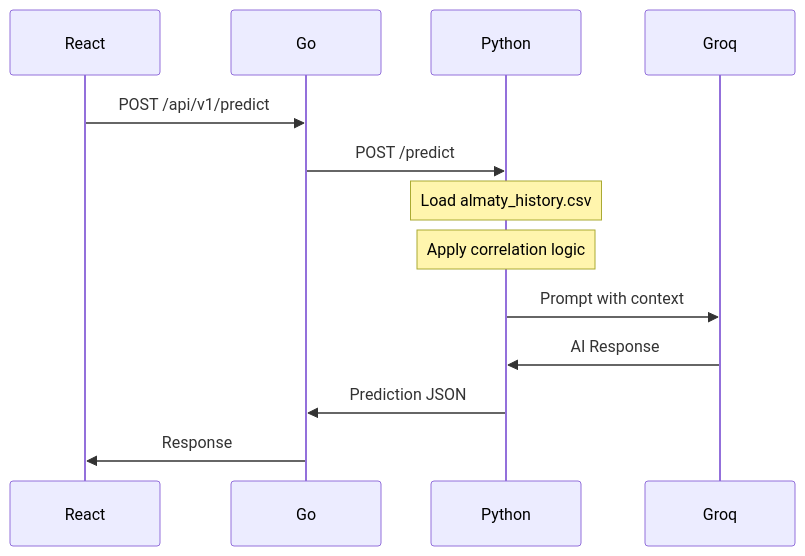
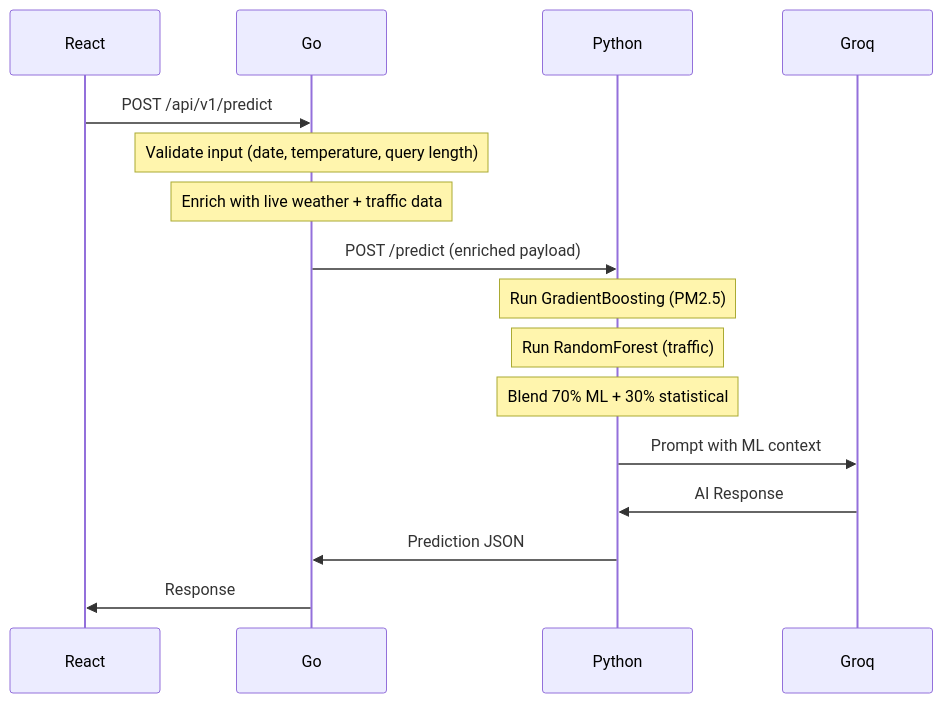
Before and after one commit to Beksanoff/smart-city-ai: the third of 3 diagrams in PROJECT_ARCHITECTURAL_DOCUMENTATION.md, drawn with Mermaid. The commit also changed other lines of this file and 61 other files, not shown here.

````diff
--- a/PROJECT_ARCHITECTURAL_DOCUMENTATION.md
+++ b/PROJECT_ARCHITECTURAL_DOCUMENTATION.md
@@ -173,16 +201,19 @@
 ```mermaid
 sequenceDiagram
     participant React
     participant Go
     participant Python
     participant Groq
 
     React->>Go: POST /api/v1/predict
-    Go->>Python: POST /predict
-    Note over Python: Load almaty_history.csv
-    Note over Python: Apply correlation logic
-    Python->>Groq: Prompt with context
+    Note over Go: Validate input (date, temperature, query length)
+    Note over Go: Enrich with live weather + traffic data
+    Go->>Python: POST /predict (enriched payload)
+    Note over Python: Run GradientBoosting (PM2.5)
+    Note over Python: Run RandomForest (traffic)
+    Note over Python: Blend 70% ML + 30% statistical
+    Python->>Groq: Prompt with ML context
     Groq->>Python: AI Response
     Python->>Go: Prediction JSON
     Go->>React: Response
 ```
````
